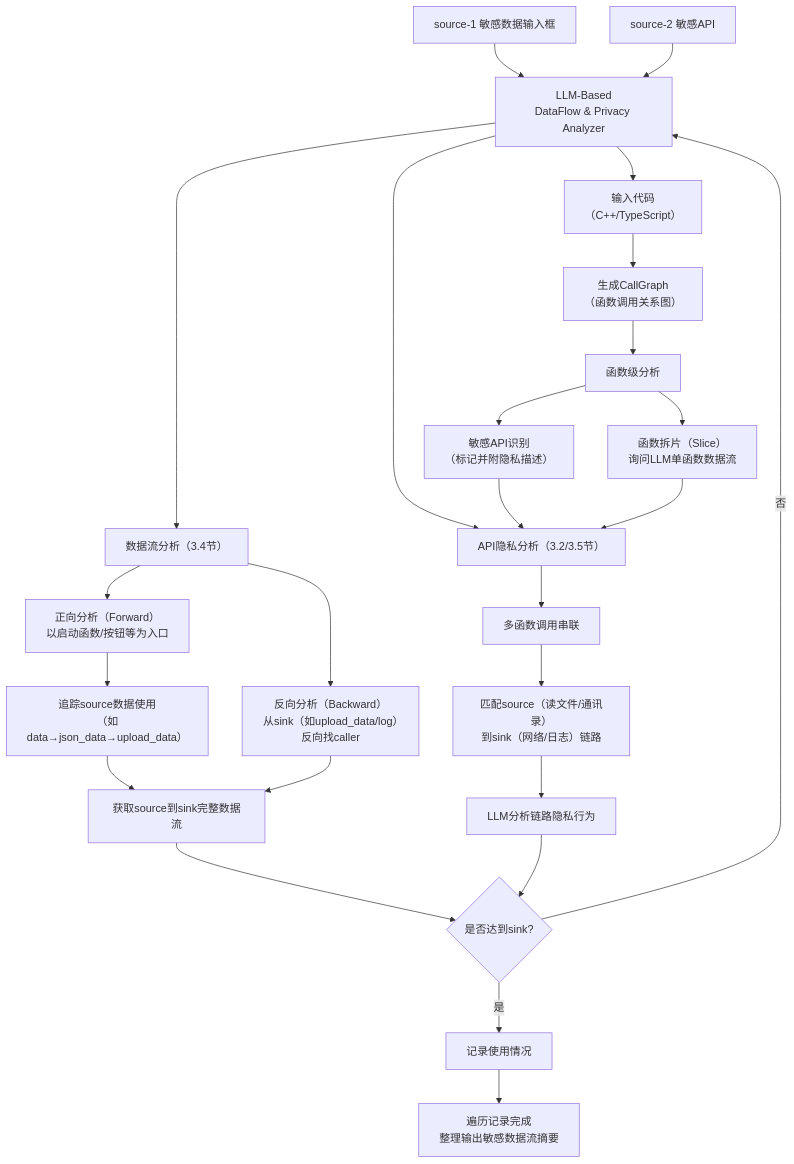
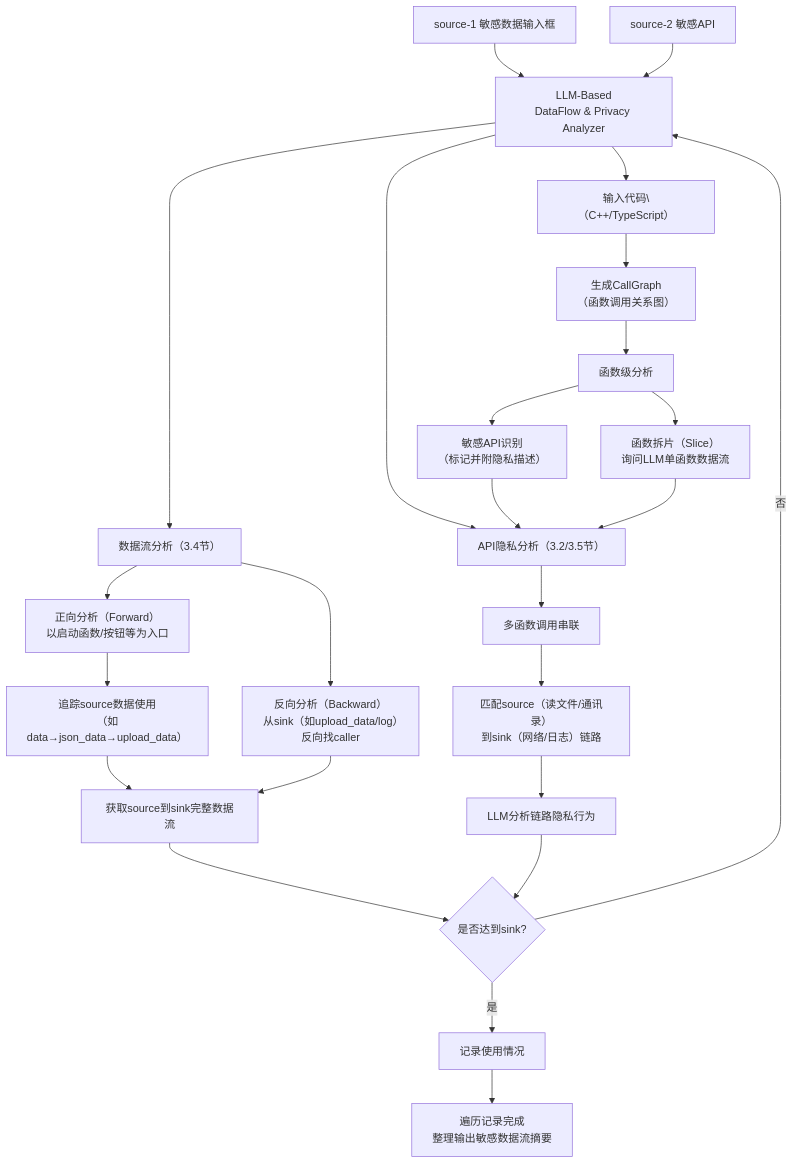
One commit to WriteStone/iodraw-files changed the diagram in all/未命名.md. Above: the diagram before and after it, drawn with Mermaid.

Commit message:
2025-09-08 20:36:29 update

````diff
--- a/all/未命名.md
+++ b/all/未命名.md
@@ -1,33 +1,33 @@
 ```mermaid
 flowchart TD
     %% 左侧数据源
     A[source-1 敏感数据输入框] --> B[LLM-Based\nDataFlow & Privacy Analyzer]
     C[source-2 敏感API] --> B
     
     %% 分析器核心处理
-    B --> D[输入代码\n（C++/TypeScript）]
+    B --> D[输入代码\（C++/TypeScript）]
     D --> E[生成CallGraph\n（函数调用关系图）]
     E --> F[函数级分析]
     F --> G1[敏感API识别\n（标记并附隐私描述）]
     F --> G2[函数拆片（Slice）\n询问LLM单函数数据流]
     
     %% 数据流分析分支（3.4节）
     B --> H[数据流分析（3.4节）]
     H --> H1[正向分析（Forward）\n以启动函数/按钮等为入口]
     H1 --> H2[追踪source数据使用\n（如data→json_data→upload_data）]
     H --> H3[反向分析（Backward）\n从sink（如upload_data/log）反向找caller]
     H2 & H3 --> H4[获取source到sink完整数据流]
     
     %% 隐私分析分支（3.2/3.5节）
     B --> I[API隐私分析（3.2/3.5节）]
     G1 & G2 --> I
     I --> I1[多函数调用串联]
     I1 --> I2[匹配source（读文件/通讯录）\n到sink（网络/日志）链路]
     I2 --> I3[LLM分析链路隐私行为]
     
     %% 决策与输出
     H4 & I3 --> J{是否达到sink?}
     J -- 否 --> B[LLM-Based\nDataFlow & Privacy Analyzer]
     J -- 是 --> K[记录使用情况]
     K --> L[遍历记录完成\n整理输出敏感数据流摘要]
 ```
````
